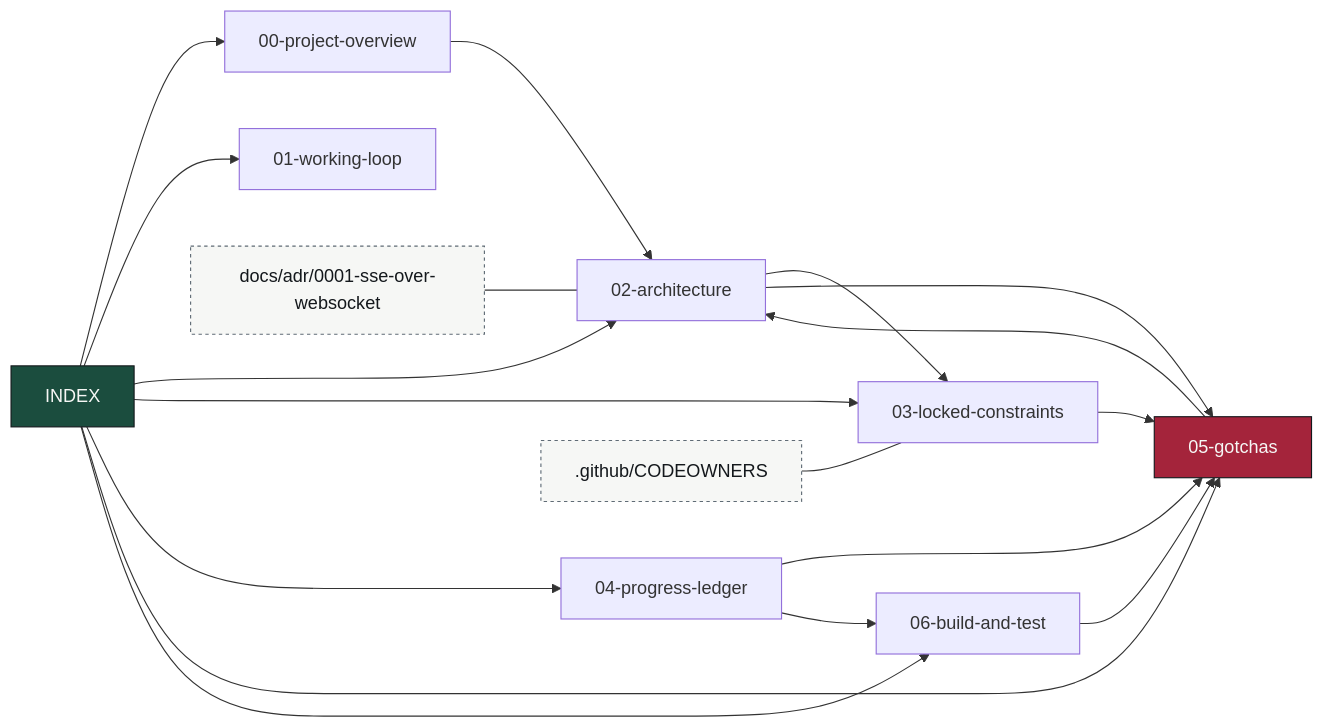
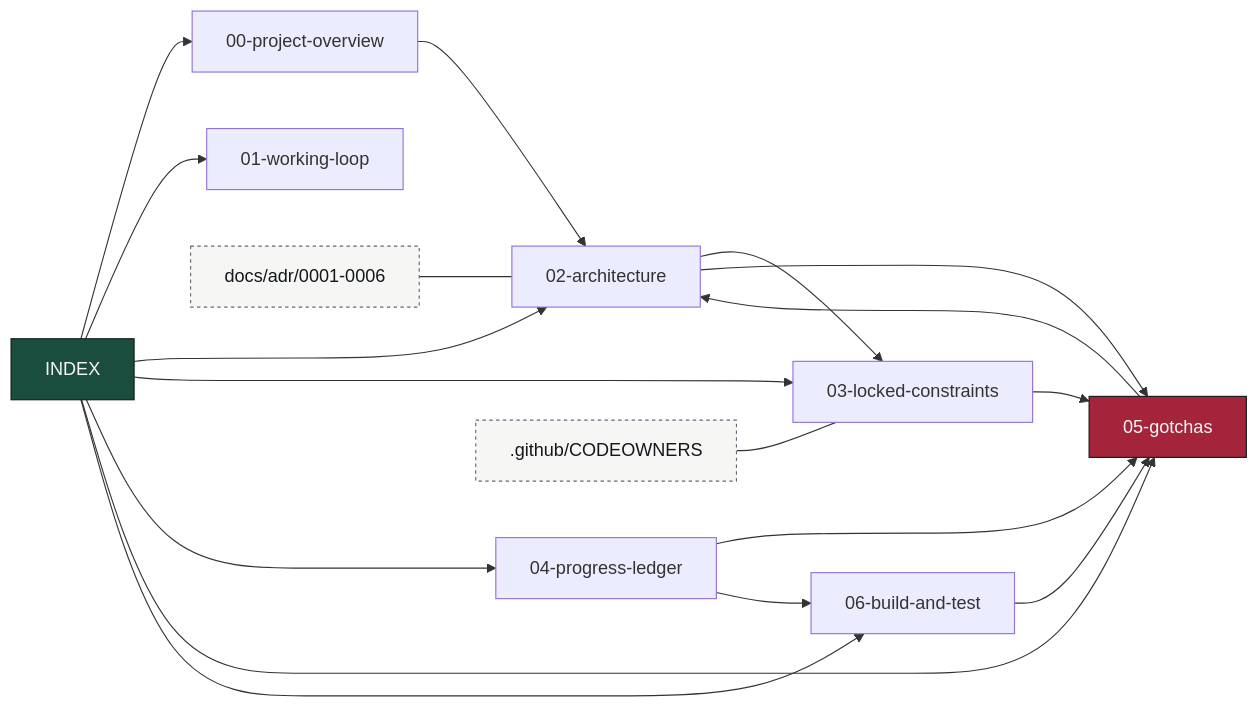
The diagram in docs/kb/INDEX.md (Morpheus7700/omniflow), drawn with Mermaid before and after one commit. The commit also changed other lines of this file and 25 other files, not shown here.

````diff
--- a/docs/kb/INDEX.md
+++ b/docs/kb/INDEX.md
@@ -18,26 +18,26 @@
 ```mermaid
 graph LR
   IDX[INDEX]:::hub --> OV[00-project-overview]
   IDX --> WL[01-working-loop]
   IDX --> AR[02-architecture]
   IDX --> LC[03-locked-constraints]
   IDX --> PL[04-progress-ledger]
   IDX --> GO[05-gotchas]:::hot
   IDX --> BT[06-build-and-test]
 
   OV --> AR
   AR --> LC
   AR --> GO
   LC --> GO
   PL --> GO
   PL --> BT
   BT --> GO
   GO --> AR
 
-  ADR[docs/adr/0001-sse-over-websocket]:::ext --- AR
+  ADR[docs/adr/0001-0006]:::ext --- AR
   CO[.github/CODEOWNERS]:::ext --- LC
 
   classDef hub fill:#1B4D3E,stroke:#14181C,color:#F6F7F5
   classDef hot fill:#A4243B,stroke:#14181C,color:#F6F7F5
   classDef ext fill:#F6F7F5,stroke:#5F6B75,color:#14181C,stroke-dasharray:3 3
 ```
````
